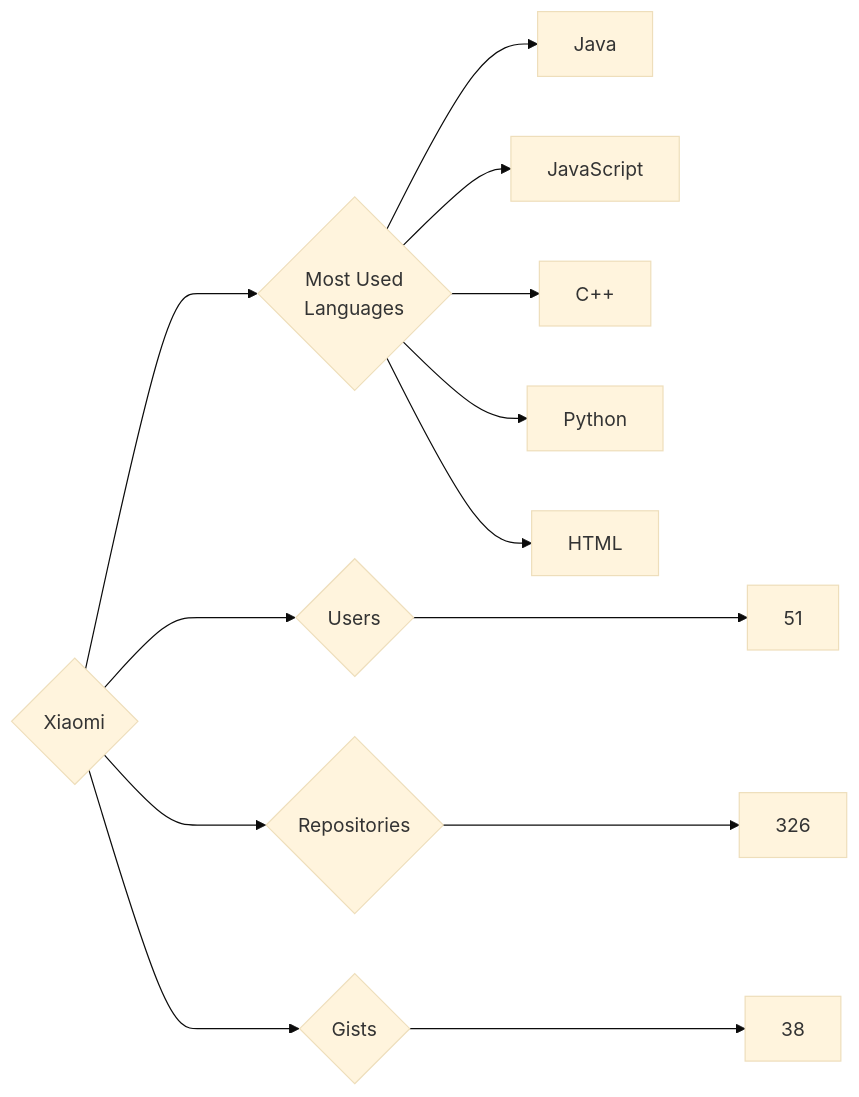
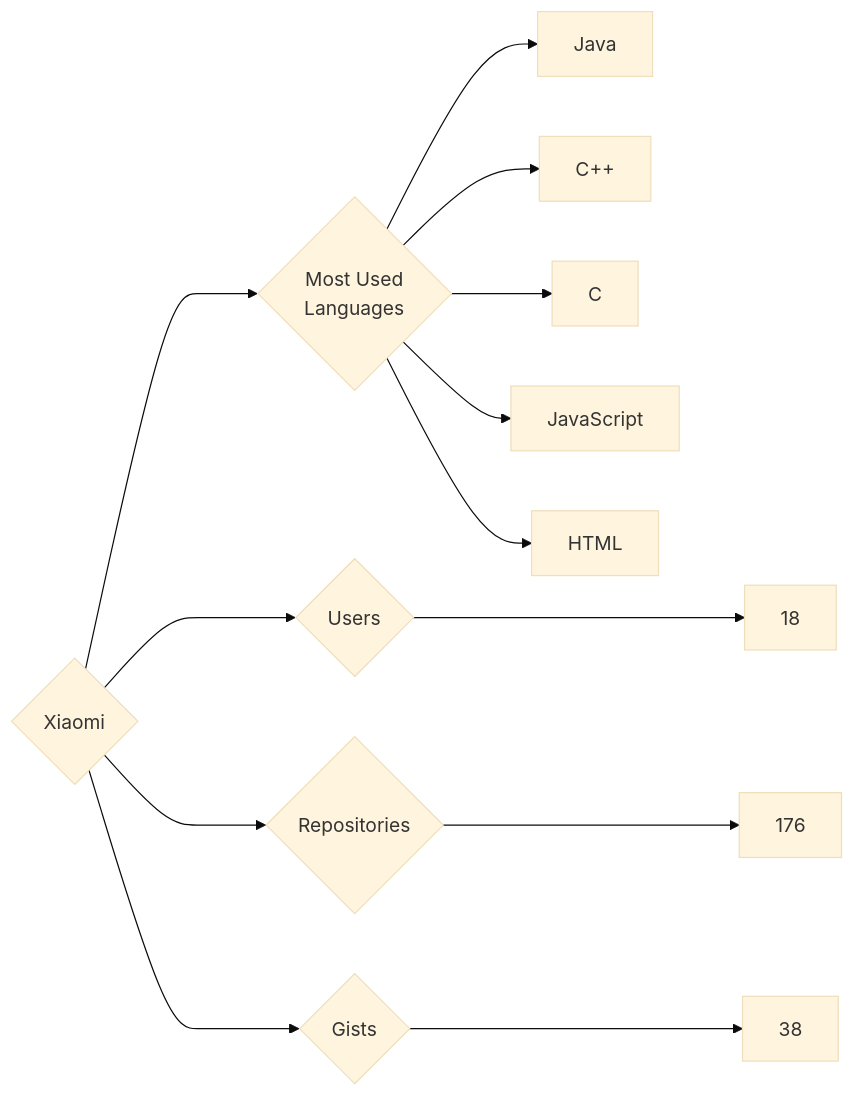
The diagram in targets/Xiaomi/README.md (trickest/insiders), drawn with Mermaid (base theme) before and after one commit. The commit also changed 725 other files, not shown here.

````diff
--- a/targets/Xiaomi/README.md
+++ b/targets/Xiaomi/README.md
@@ -3,13 +3,13 @@
 ```mermaid
 graph LR
 COMPANY_NAME{Xiaomi}
-COMPANY_NAME ---> U{Users} ---> UN[51]
-COMPANY_NAME ---> R{Repositories} ---> RN[326]
+COMPANY_NAME ---> U{Users} ---> UN[18]
+COMPANY_NAME ---> R{Repositories} ---> RN[176]
 COMPANY_NAME ---> G{Gists} ---> GN[38]
 COMPANY_NAME ---> ML{Most Used<br>Languages}
 ML --> Java[Java]
+ML --> C++[C++]
+ML --> C[C]
 ML --> JavaScript[JavaScript]
-ML --> C++[C++]
-ML --> Python[Python]
 ML --> HTML[HTML]
 ```
````
